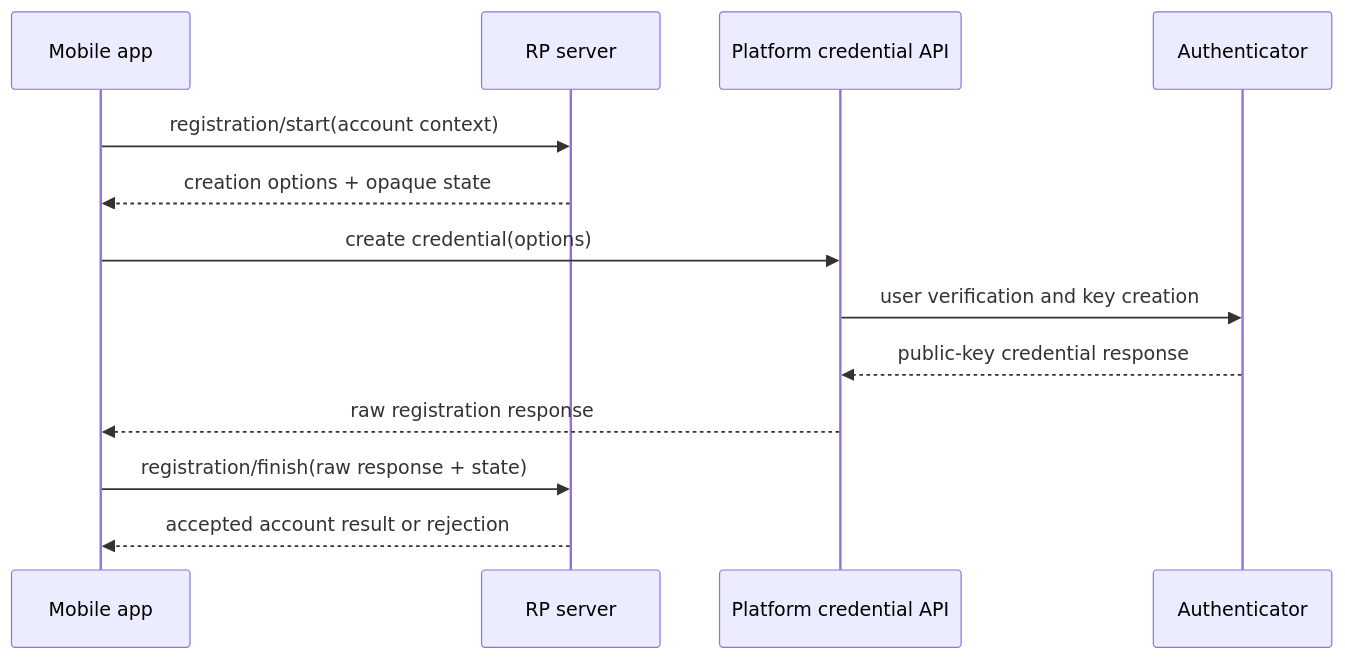
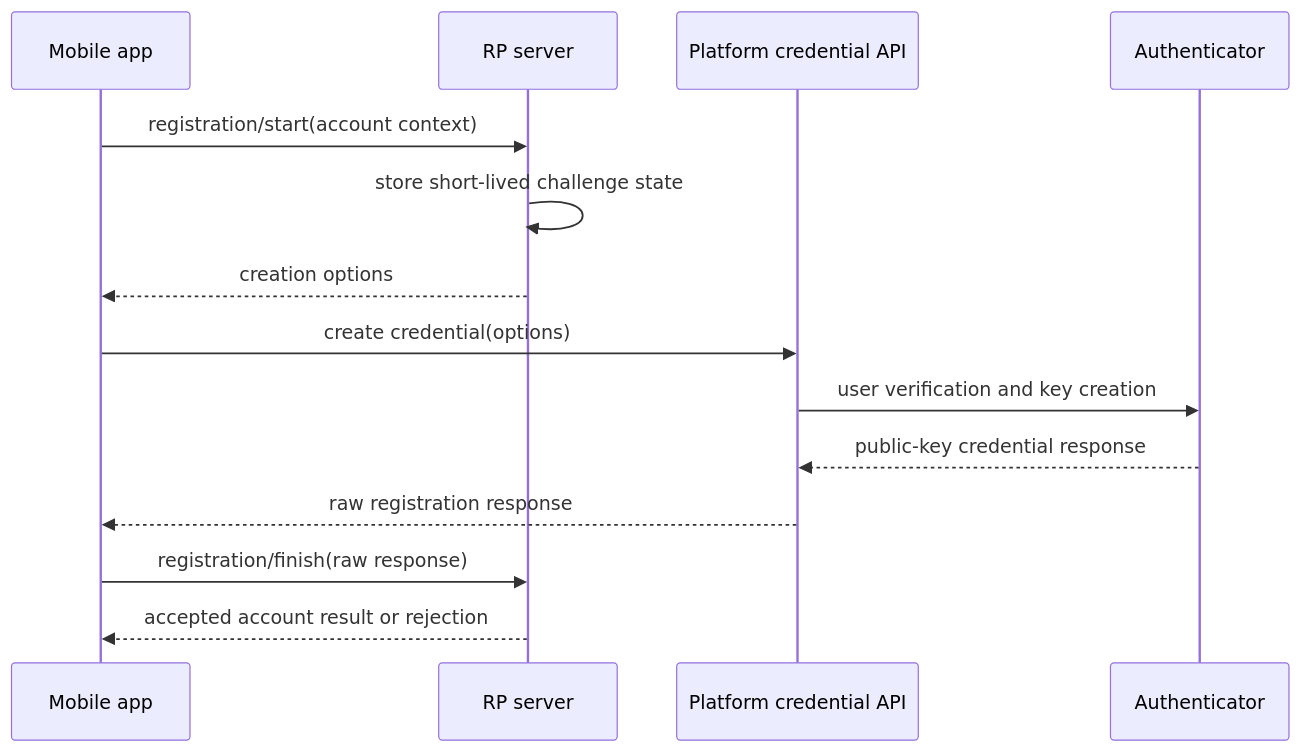
Before and after one commit to szijpeter/webauthn-kotlin-multiplatform: the diagram in docs/site/content/concepts/ceremonies.md, drawn with Mermaid. The commit also changed other lines of this file and 15 other files, not shown here.

````diff
--- a/docs/site/content/concepts/ceremonies.md
+++ b/docs/site/content/concepts/ceremonies.md
@@ -8,15 +8,16 @@
 ```mermaid
 sequenceDiagram
     participant App as Mobile app
     participant Server as RP server
     participant OS as Platform credential API
     participant Auth as Authenticator
     App->>Server: registration/start(account context)
-    Server-->>App: creation options + opaque state
+    Server->>Server: store short-lived challenge state
+    Server-->>App: creation options
     App->>OS: create credential(options)
     OS->>Auth: user verification and key creation
     Auth-->>OS: public-key credential response
     OS-->>App: raw registration response
-    App->>Server: registration/finish(raw response + state)
+    App->>Server: registration/finish(raw response)
     Server-->>App: accepted account result or rejection
 ```
````
